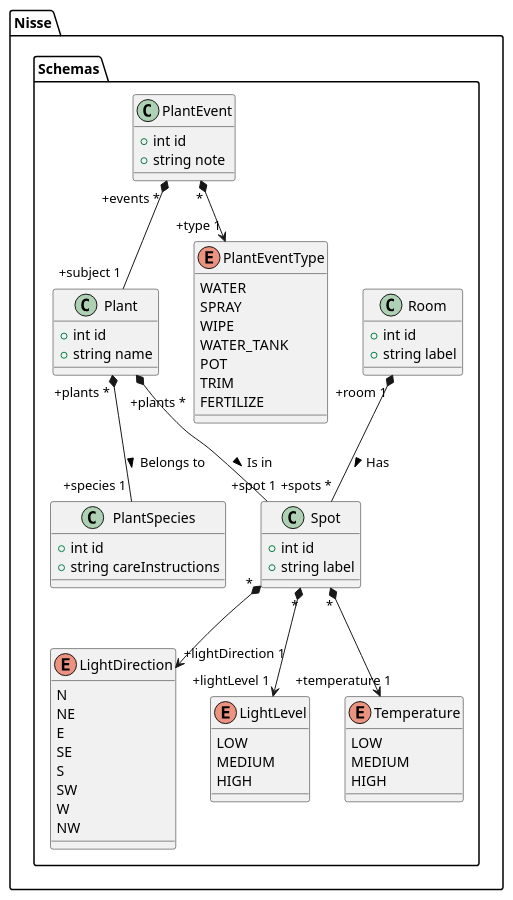
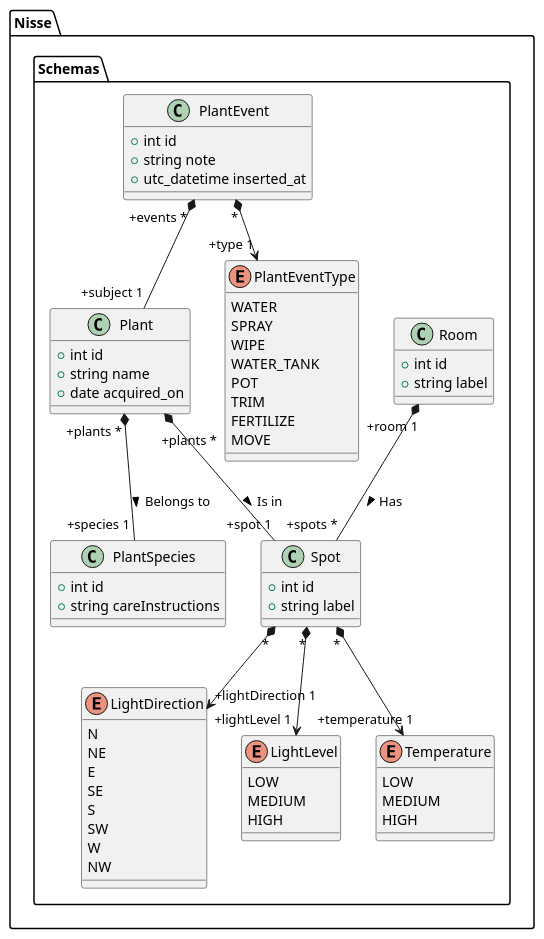
One commit to ilkka/nisse changed the diagram in model.wsd. Above: the diagram before and after it, drawn with PlantUML.

Commit message:
Add some dates and move event to model design

```diff
--- a/model.wsd
+++ b/model.wsd
@@ -1,75 +1,78 @@
 @startuml
 namespace Nisse.Schemas {
   class Plant {
     +int id
     +string name
+    +date acquired_on
   }
 
   class PlantSpecies {
     +int id
     +string careInstructions
   }
 
   Plant "+plants *" *-- "+species 1" PlantSpecies : Belongs to >
 
   class Room {
     +int id
     +string label
   }
   
   Enum LightDirection {
     N
     NE
     E
     SE
     S
     SW
     W
     NW
   }
 
   Enum LightLevel {
     LOW
     MEDIUM
     HIGH
   }
 
   Enum Temperature {
     LOW
     MEDIUM
     HIGH
   }
 
   class Spot {
     +int id
     +string label
   }
 
   Spot "*" *--> "+lightLevel 1" LightLevel
   Spot "*" *--> "+lightDirection 1" LightDirection
   Spot "*" *--> "+temperature 1" Temperature
 
   Room "+room 1" *-- "+spots *" Spot : Has >
 
   Plant "+plants *" *-- "+spot 1" Spot : Is in >
 
   class PlantEvent {
     +int id
     +string note
+    +utc_datetime inserted_at
   }
 
   enum PlantEventType {
     WATER
     SPRAY
     WIPE
     WATER_TANK
     POT
     TRIM
     FERTILIZE
+    MOVE
   }
 
   PlantEvent "*" *--> "+type 1" PlantEventType
 
   PlantEvent "+events *" *-- "+subject 1" Plant
 }
 @enduml
```
